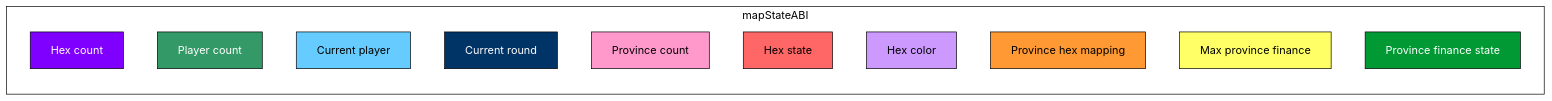
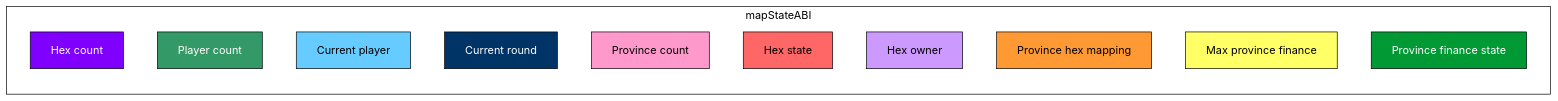
Before and after one commit to Kseroten1/Multiyoy: the first of 2 diagrams in readme.md, drawn with Mermaid. The commit also changed other lines of this file and 10 other files, not shown here.

````diff
--- a/readme.md
+++ b/readme.md
@@ -5,27 +5,27 @@
 ```mermaid
 flowchart LR
     subgraph mapStateABI
         A[Hex count]:::purple
         B[Player count]:::green
         C[Current player]:::lightblue
         D[Current round]:::navy
         E[Province count]:::pink
         F[Hex state]:::red
-        G[Hex color]:::violet
+        G[Hex owner]:::violet
         H[Province hex mapping]:::orange
         I[Max province finance]:::yellow
         J[Province finance state]:::darkgreen
     end
 
     classDef purple fill:#8000ff,stroke:#000,color:#fff;
     classDef green fill:#339966,stroke:#000,color:#fff;
     classDef lightblue fill:#66ccff,stroke:#000,color:#000;
     classDef navy fill:#003366,stroke:#000,color:#fff;
     classDef pink fill:#ff99cc,stroke:#000,color:#000;
     classDef red fill:#ff6666,stroke:#000,color:#000;
     classDef violet fill:#cc99ff,stroke:#000,color:#000;
     classDef orange fill:#ff9933,stroke:#000,color:#000;
     classDef yellow fill:#ffff66,stroke:#000,color:#000;
     classDef darkgreen fill:#009933,stroke:#000,color:#fff;
     style mapStateABI fill:none,stroke:#000,stroke-width:1px,color:#000;
 ```
````
